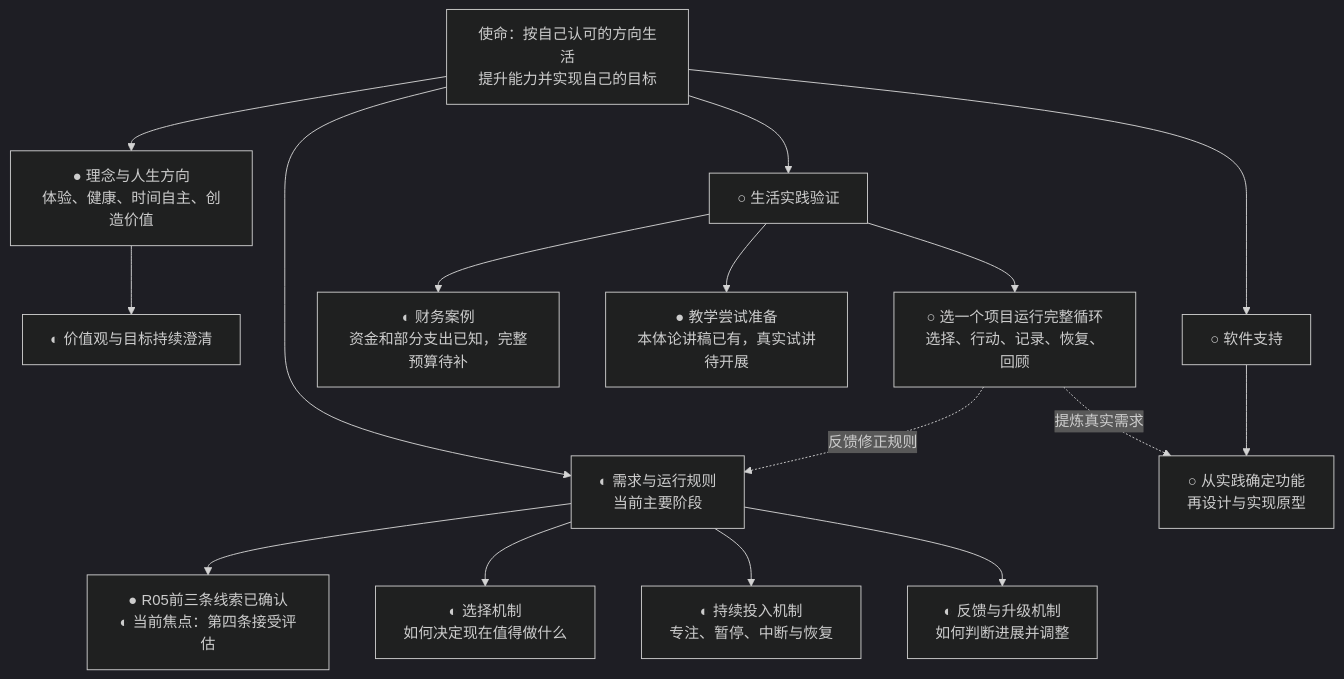
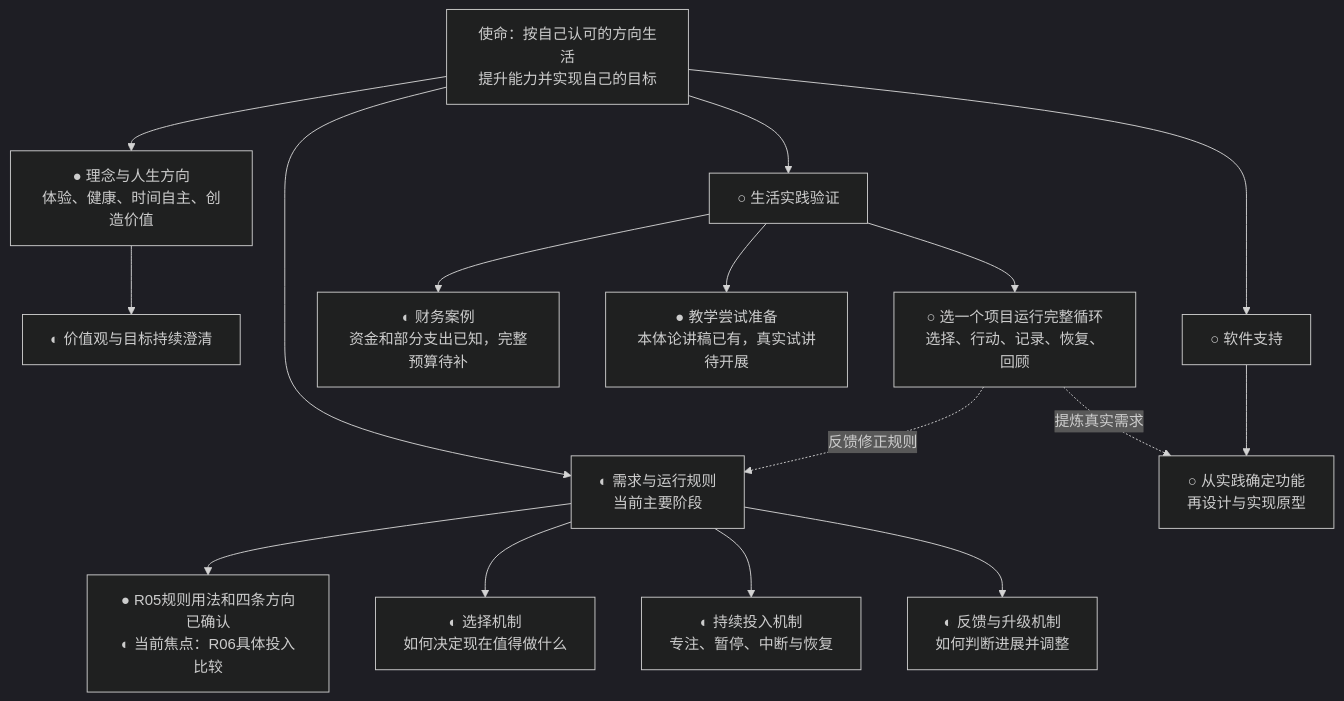
The first of 2 diagrams in 项目/人生飞轮/项目推进图.md (fangjiaqi2023-jpg/life-flywheel), drawn with Mermaid (dark theme) before and after one commit. The commit also changed other lines of this file, not shown here.

````diff
--- a/项目/人生飞轮/项目推进图.md
+++ b/项目/人生飞轮/项目推进图.md
@@ -11,22 +11,22 @@
 ```mermaid
 flowchart TD
     M[使命：按自己认可的方向生活<br/>提升能力并实现自己的目标]
     M --> A[● 理念与人生方向<br/>体验、健康、时间自主、创造价值]
     M --> B[◐ 需求与运行规则<br/>当前主要阶段]
     M --> C[○ 生活实践验证]
     M --> D[○ 软件支持]
 
     A --> A1[◐ 价值观与目标持续澄清]
-    B --> B0[● R05前三条线索已确认<br/>◐ 当前焦点：第四条接受评估]
+    B --> B0[● R05规则用法和四条方向已确认<br/>◐ 当前焦点：R06具体投入比较]
     B --> B1[◐ 选择机制<br/>如何决定现在值得做什么]
     B --> B2[◐ 持续投入机制<br/>专注、暂停、中断与恢复]
     B --> B3[◐ 反馈与升级机制<br/>如何判断进展并调整]
 
     C --> C1[◐ 财务案例<br/>资金和部分支出已知，完整预算待补]
     C --> C2[● 教学尝试准备<br/>本体论讲稿已有，真实试讲待开展]
     C --> C3[○ 选一个项目运行完整循环<br/>选择、行动、记录、恢复、回顾]
     D --> D1[○ 从实践确定功能<br/>再设计与实现原型]
 
     C3 -.反馈修正规则.-> B
     C3 -.提炼真实需求.-> D1
 ```
````
